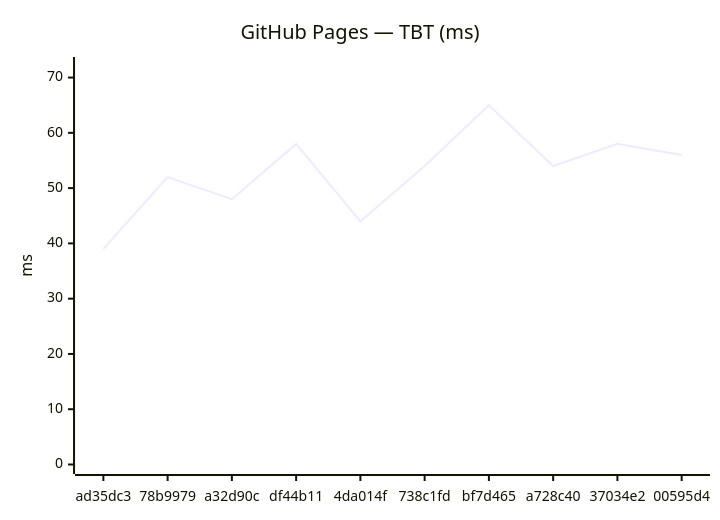
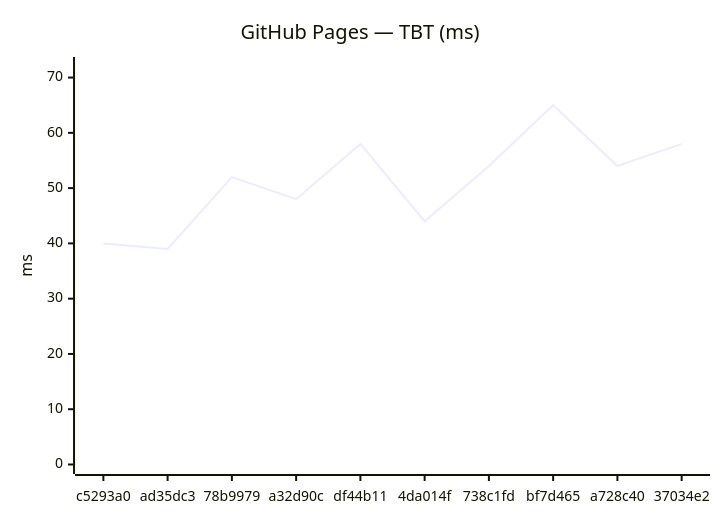
One commit to Metaheurist/Rianell changed the fourth of 24 diagrams in benchmarks/compare.md. Above: the diagram before and after it, drawn with Mermaid. The commit also changed other lines of this file and 14 other files, not shown here.

````diff
--- a/benchmarks/compare.md
+++ b/benchmarks/compare.md
@@ -61,7 +61,7 @@
 ```mermaid
 xychart-beta
     title "GitHub Pages — TBT (ms)"
-    x-axis ["ad35dc3", "78b9979", "a32d90c", "df44b11", "4da014f", "738c1fd", "bf7d465", "a728c40", "37034e2", "00595d4"]
+    x-axis ["c5293a0", "ad35dc3", "78b9979", "a32d90c", "df44b11", "4da014f", "738c1fd", "bf7d465", "a728c40", "37034e2"]
     y-axis "ms" 0 --> 72
-    line [39, 52, 48, 58, 44, 54, 65, 54, 58, 56]
+    line [40, 39, 52, 48, 58, 44, 54, 65, 54, 58]
 ```
````
